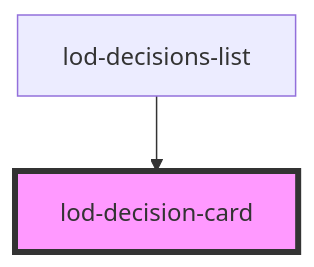
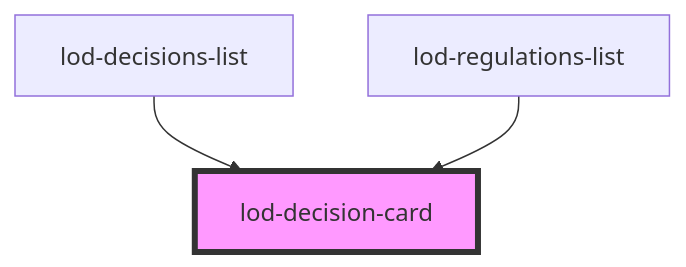
The diagram in src/components/lod-decision-card/readme.md (StadGent/js_widget-lod), drawn with Mermaid before and after one commit. The commit also changed other lines of this file and 3 other files, not shown here.

````diff
--- a/src/components/lod-decision-card/readme.md
+++ b/src/components/lod-decision-card/readme.md
@@ -28,5 +31,6 @@
 ```mermaid
 graph TD;
   lod-decisions-list --> lod-decision-card
+  lod-regulations-list --> lod-decision-card
   style lod-decision-card fill:#f9f,stroke:#333,stroke-width:4px
 ```
````
